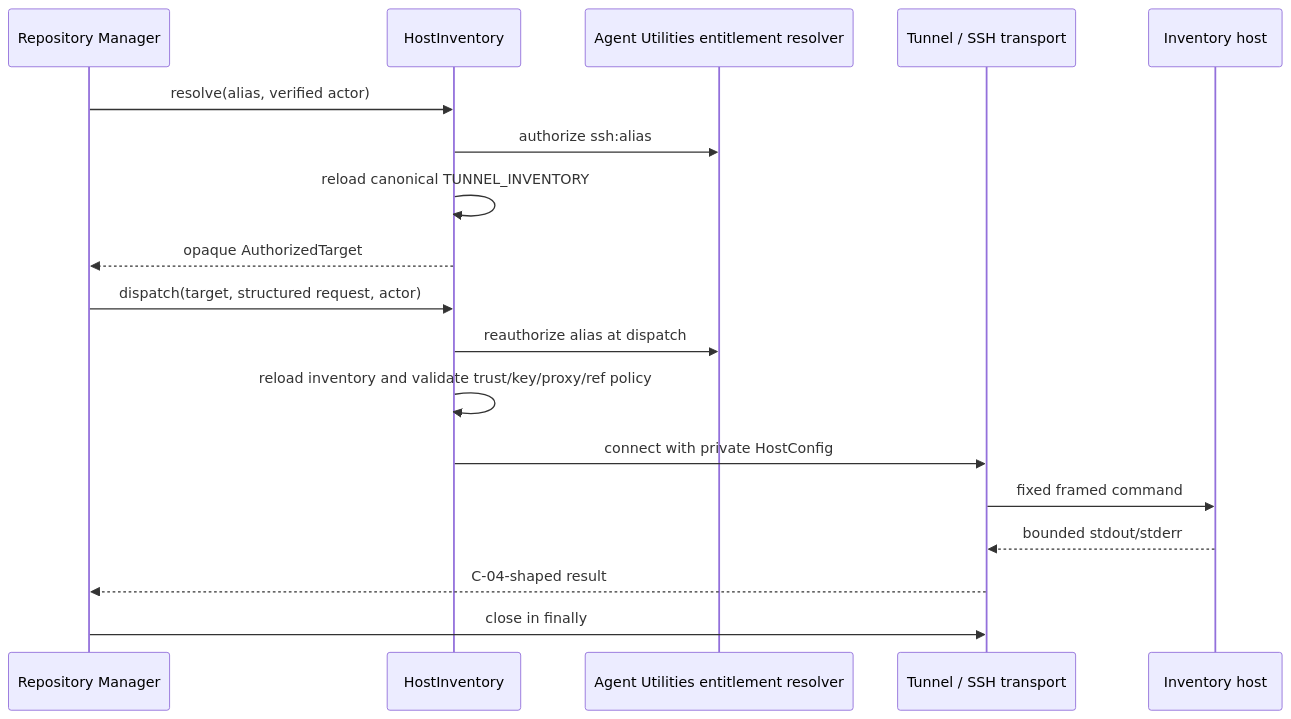
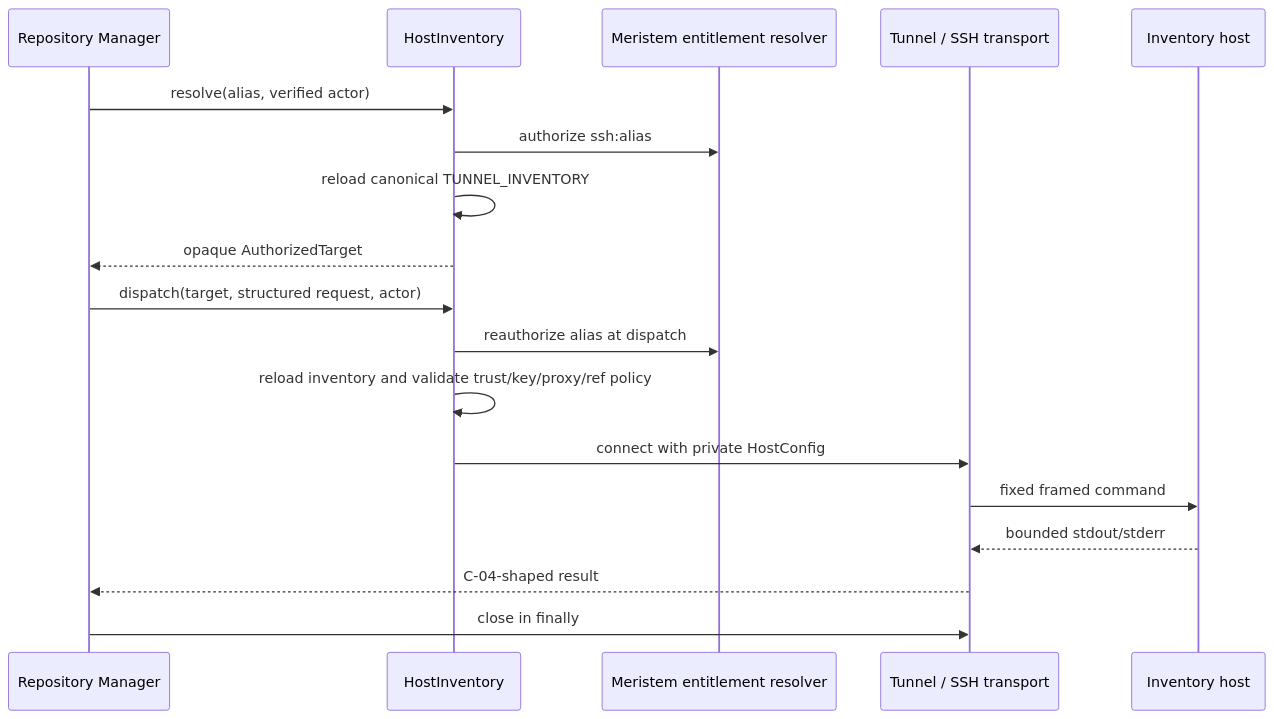
The diagram in docs/remote_execution.md (Knuckles-Team/tunnel-manager), drawn with Mermaid before and after one commit. The commit also changed 17 other files, not shown here.

````diff
--- a/docs/remote_execution.md
+++ b/docs/remote_execution.md
@@ -61,21 +61,21 @@
 ```mermaid
 sequenceDiagram
     participant RM as Repository Manager
     participant HI as HostInventory
-    participant AU as Agent Utilities entitlement resolver
+    participant AU as Meristem entitlement resolver
     participant TM as Tunnel / SSH transport
     participant Host as Inventory host
 
     RM->>HI: resolve(alias, verified actor)
     HI->>AU: authorize ssh:alias
     HI->>HI: reload canonical TUNNEL_INVENTORY
     HI-->>RM: opaque AuthorizedTarget
     RM->>HI: dispatch(target, structured request, actor)
     HI->>AU: reauthorize alias at dispatch
     HI->>HI: reload inventory and validate trust/key/proxy/ref policy
     HI->>TM: connect with private HostConfig
     TM->>Host: fixed framed command
     Host-->>TM: bounded stdout/stderr
     TM-->>RM: C-04-shaped result
     RM->>TM: close in finally
 ```
````
